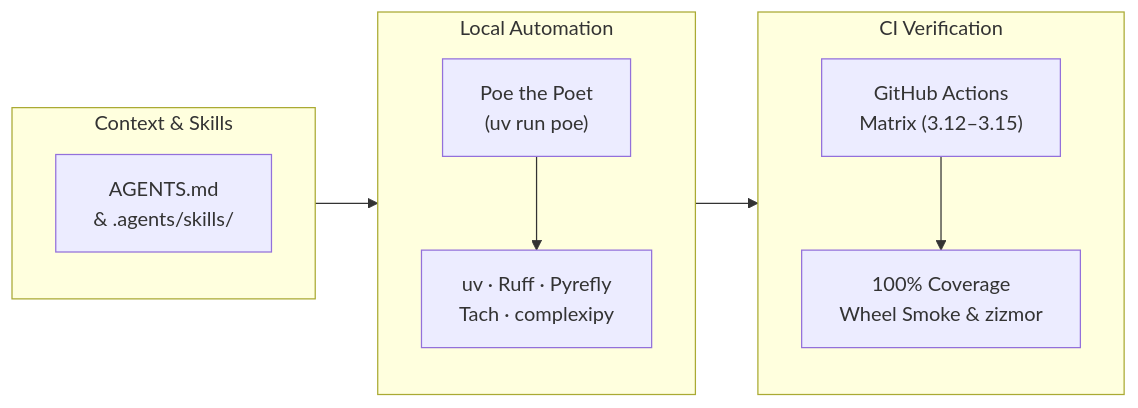
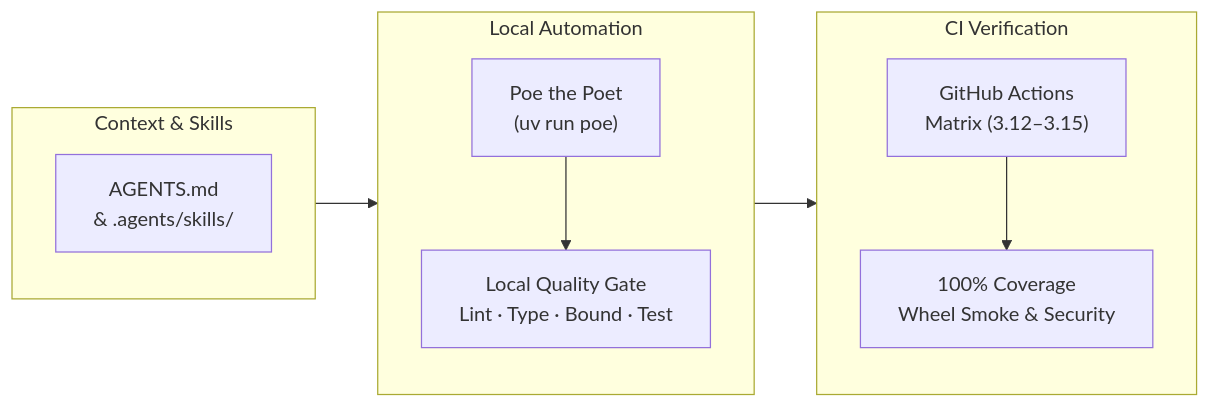
Before and after one commit to bwrob/zenith: the second of 3 diagrams in docs/philosophy.md, drawn with Mermaid. The commit also changed other lines of this file and 66 other files, not shown here.

````diff
--- a/docs/philosophy.md
+++ b/docs/philosophy.md
@@ -133,23 +161,23 @@
 ```mermaid
 flowchart LR
     subgraph S1["Context & Skills"]
         direction TB
         AG["AGENTS.md<br/>& .agents/skills/"]
     end
 
     subgraph S2["Local Automation"]
         direction TB
         Poe["Poe the Poet<br/>(uv run poe)"]
-        Tools["uv · Ruff · Pyrefly<br/>Tach · complexipy"]
+        Tools["Local Quality Gate<br/>Lint · Type · Bound · Test"]
         Poe --> Tools
     end
 
     subgraph S3["CI Verification"]
         direction TB
         CI["GitHub Actions<br/>Matrix (3.12–3.15)"]
-        Gates["100% Coverage<br/>Wheel Smoke & zizmor"]
+        Gates["100% Coverage<br/>Wheel Smoke & Security"]
         CI --> Gates
     end
 
     S1 --> S2 --> S3
 ```
````
